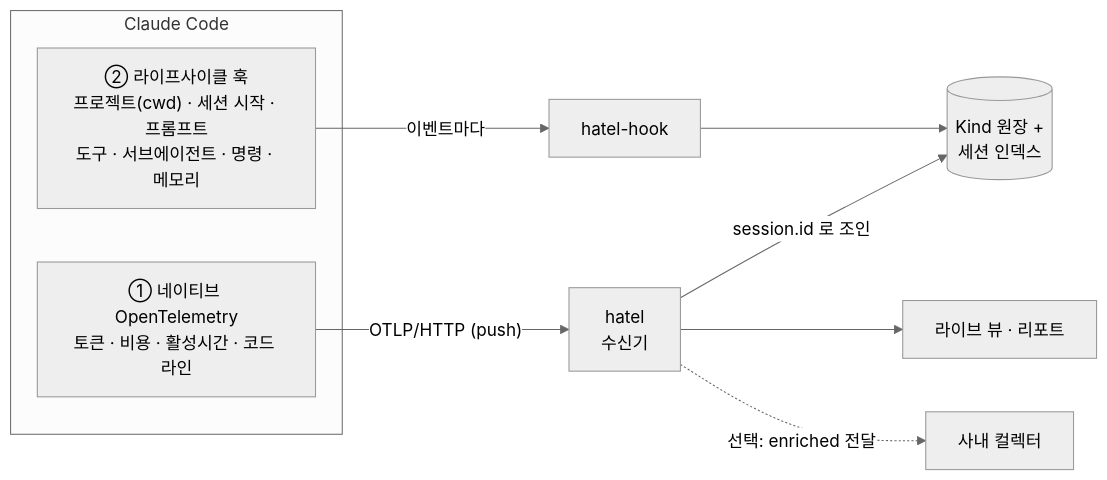
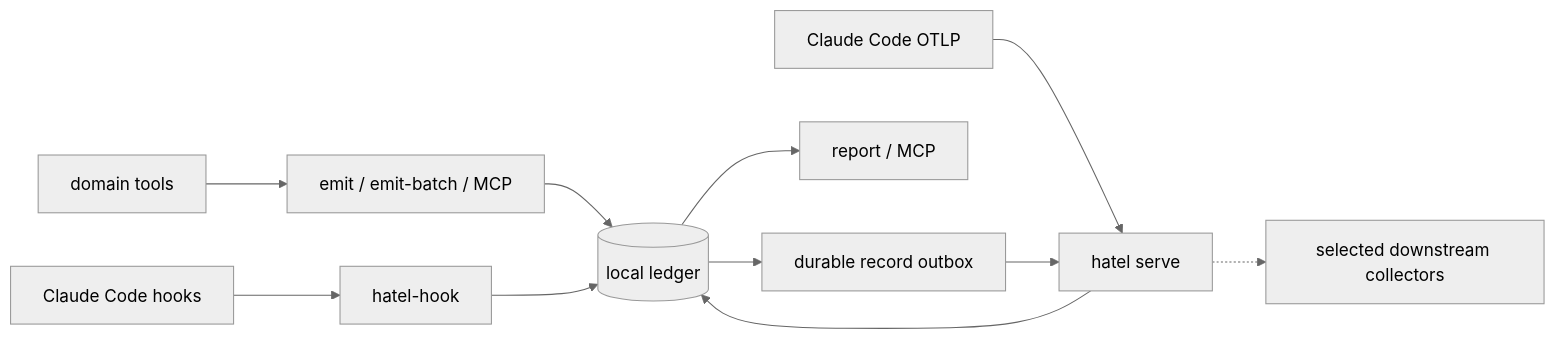
Before and after one commit to junyeong-ai/hatel: the diagram in README.md, drawn with Mermaid (neutral theme). The commit also changed other lines of this file and 7 other files, not shown here.

````diff
--- a/README.md
+++ b/README.md
@@ -37,13 +22,13 @@
 ```mermaid
 flowchart LR
-  subgraph CC["Claude Code"]
-    M["① 네이티브 OpenTelemetry<br/>토큰 · 비용 · 활성시간 · 코드 라인"]
-    H["② 라이프사이클 훅<br/>프로젝트(cwd) · 세션 시작 · 프롬프트<br/>도구 · 서브에이전트 · 명령 · 메모리"]
-  end
-  M -->|"OTLP/HTTP (push)"| R["hatel<br/>수신기"]
-  H -->|"이벤트마다"| K["hatel-hook"]
-  K --> IDX[("Kind 원장 +<br/>세션 인덱스")]
-  R -->|"session.id 로 조인"| IDX
-  R --> OUT["라이브 뷰 · 리포트"]
-  R -.->|"선택: enriched 전달"| CORP["사내 컬렉터"]
+  D["domain tools"] --> W["emit / emit-batch / MCP"]
+  H["Claude Code hooks"] --> K["hatel-hook"]
+  W --> L[("local ledger")]
+  K --> L
+  C["Claude Code OTLP"] --> R["hatel serve"]
+  R --> L
+  L --> Q["report / MCP"]
+  L --> O["durable record outbox"]
+  O --> R
+  R -.-> T["selected downstream collectors"]
 ```
````
